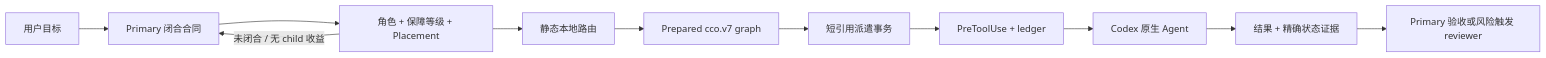
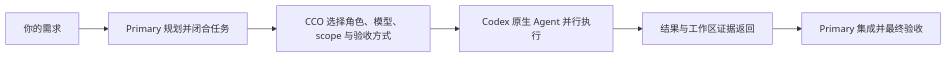
Before and after one commit to KirschBluteX/agent-orchestration-gateway: the diagram in README.zh-CN.md, drawn with Mermaid. The commit also changed other lines of this file and 22 other files, not shown here.

````diff
--- a/README.zh-CN.md
+++ b/README.zh-CN.md
@@ -34,13 +25,8 @@
 ```mermaid
 flowchart LR
-    U["用户目标"] --> P["Primary 闭合合同"]
-    P --> D["角色 + 保障等级 + Placement"]
-    D -->|"未闭合 / 无 child 收益"| P
-    D --> R["静态本地路由"]
-    R --> G["Prepared cco.v7 graph"]
-    G --> T["短引用派遣事务"]
-    T --> H["PreToolUse + ledger"]
-    H --> A["Codex 原生 Agent"]
-    A --> E["结果 + 精确状态证据"]
-    E --> V["Primary 验收或风险触发 reviewer"]
+    U["你的需求"] --> P["Primary 规划并闭合任务"]
+    P --> C["CCO 选择角色、模型、scope 与验收方式"]
+    C --> A["Codex 原生 Agent 并行执行"]
+    A --> E["结果与工作区证据返回"]
+    E --> V["Primary 集成并最终验收"]
 ```
````
